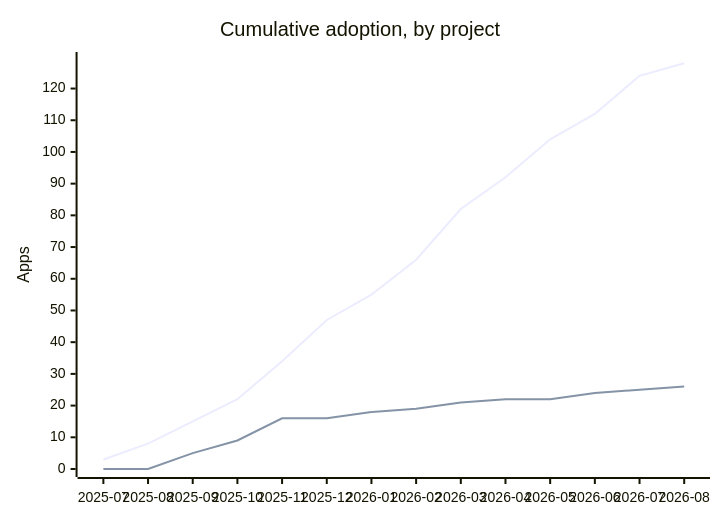
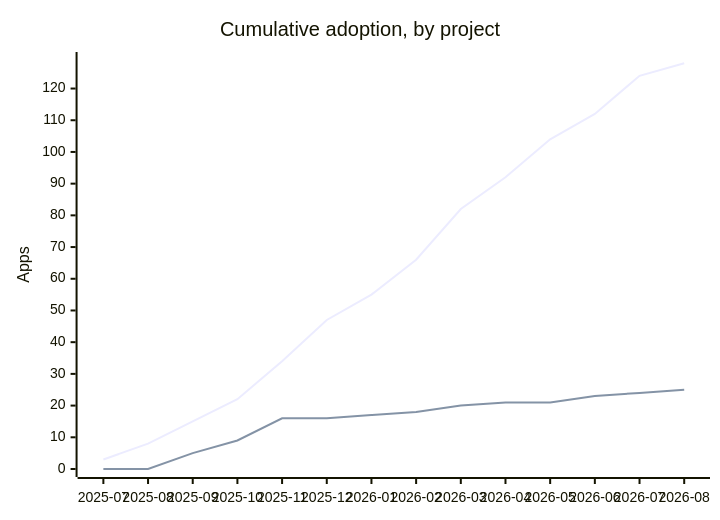
One commit to marcoroth/herb-corpus changed the first of 2 diagrams in README.md. Above: the diagram before and after it, drawn with Mermaid. The commit also changed other lines of this file and 909 other files, not shown here.

````diff
--- a/README.md
+++ b/README.md
@@ -654,8 +651,8 @@
 ```mermaid
 xychart
   title "Cumulative adoption, by project"
   x-axis ["2025-07", "2025-08", "2025-09", "2025-10", "2025-11", "2025-12", "2026-01", "2026-02", "2026-03", "2026-04", "2026-05", "2026-06", "2026-07", "2026-08"]
   y-axis "Apps" 0 --> 129
   line [3, 8, 15, 22, 34, 47, 55, 66, 82, 92, 104, 112, 124, 128]
-  line [0, 0, 5, 9, 16, 16, 18, 19, 21, 22, 22, 24, 25, 26]
+  line [0, 0, 5, 9, 16, 16, 17, 18, 20, 21, 21, 23, 24, 25]
 ```
````
